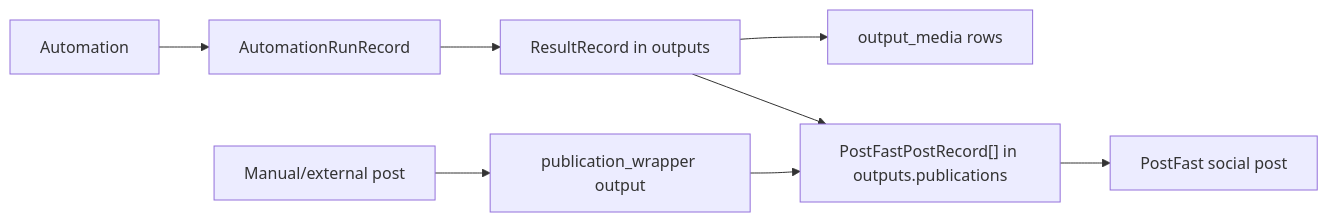
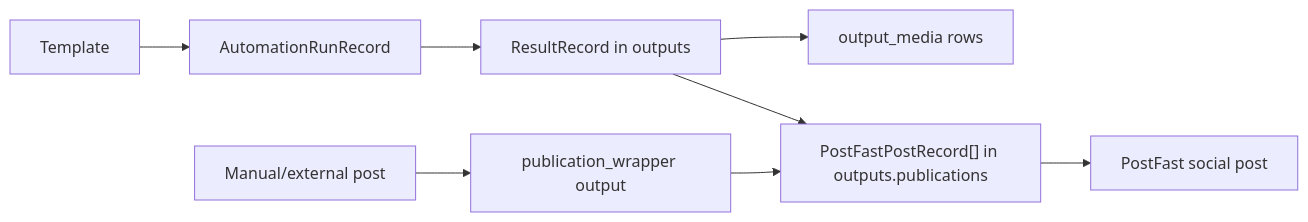
Before and after one commit to xk1234/cfarm: the second of 2 diagrams in docs/data/backend-architecture.md, drawn with Mermaid. The commit also changed other lines of this file and 213 other files, not shown here.

````diff
--- a/docs/data/backend-architecture.md
+++ b/docs/data/backend-architecture.md
@@ -183,11 +183,11 @@
 ```mermaid
 flowchart LR
-    Automation --> Run["AutomationRunRecord"]
+    Template --> Run["AutomationRunRecord"]
     Run --> Result["ResultRecord in outputs"]
     Result --> Media["output_media rows"]
     Result --> Publications["PostFastPostRecord[] in outputs.publications"]
     Publications --> PostFast["PostFast social post"]
 
     Manual["Manual/external post"] --> Wrapper["publication_wrapper output"]
     Wrapper --> Publications
 ```
````
